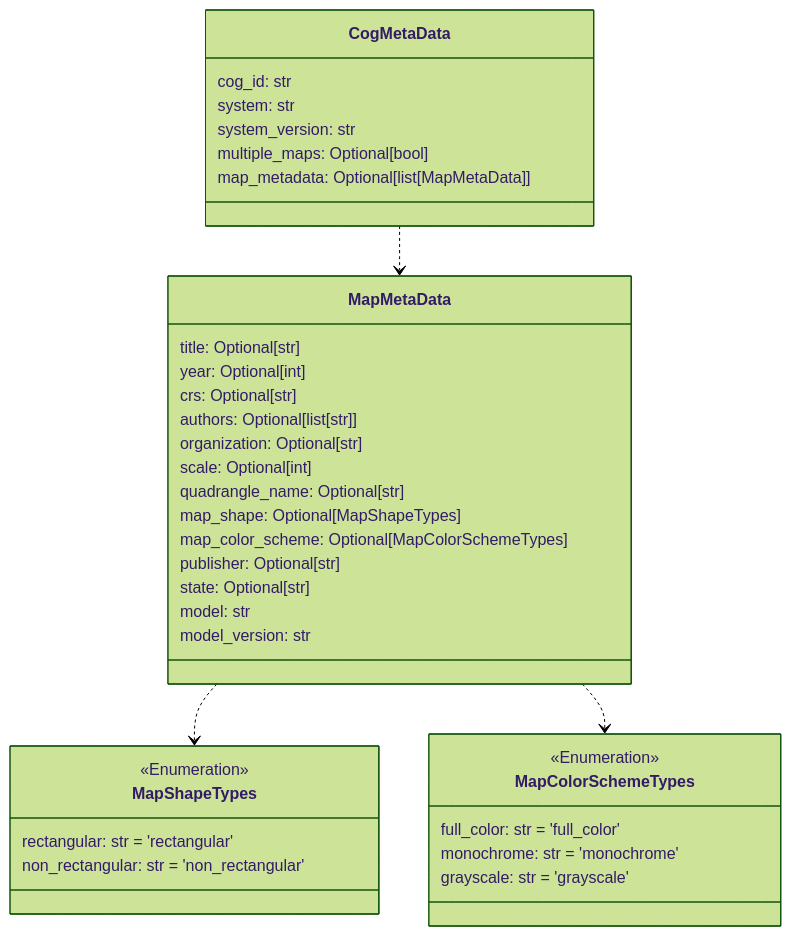
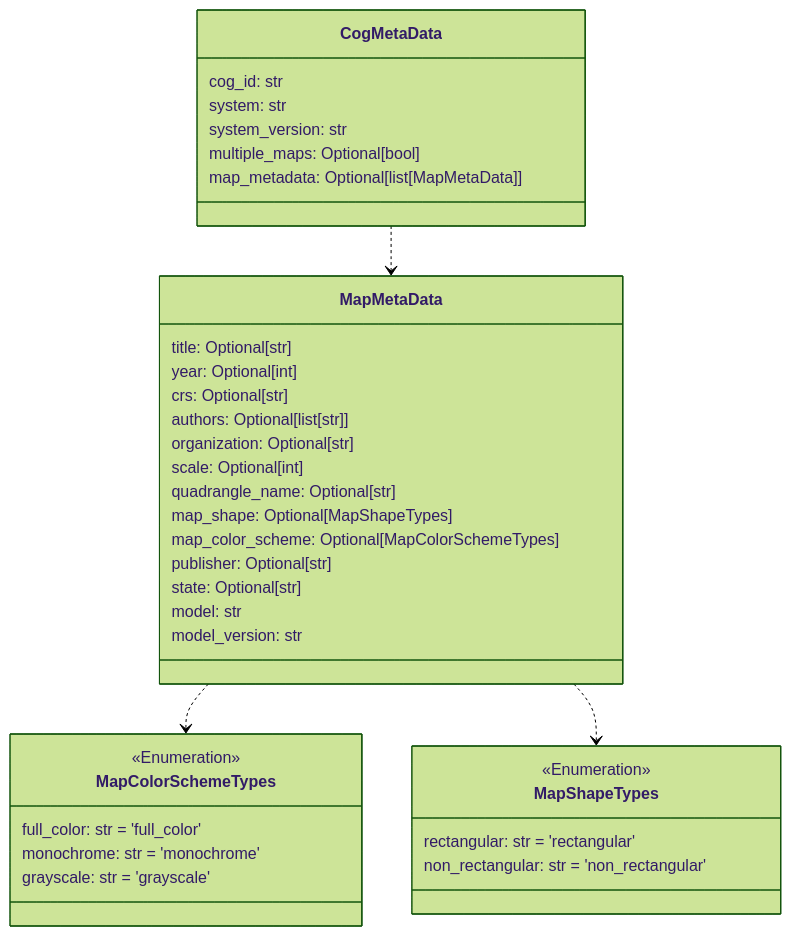
The third of 12 diagrams in README.md (DARPA-CRITICALMAAS/cdr_schemas), drawn with Mermaid (forest theme) before and after one commit. The commit also changed other lines of this file and 1 other file, not shown here.

````diff
--- a/README.md
+++ b/README.md
@@ -197,46 +197,46 @@
 ```mermaid
 classDiagram
 
     class MapMetaData {
         title: Optional[str]
         year: Optional[int]
         crs: Optional[str]
         authors: Optional[list[str]]
         organization: Optional[str]
         scale: Optional[int]
         quadrangle_name: Optional[str]
         map_shape: Optional[MapShapeTypes]
         map_color_scheme: Optional[MapColorSchemeTypes]
         publisher: Optional[str]
         state: Optional[str]
         model: str
         model_version: str
     }
 
-    class MapShapeTypes {
+    class MapColorSchemeTypes {
         <<Enumeration>>
-        rectangular: str = 'rectangular'
-        non_rectangular: str = 'non_rectangular'
+        full_color: str = 'full_color'
+        monochrome: str = 'monochrome'
+        grayscale: str = 'grayscale'
     }
 
     class CogMetaData {
         cog_id: str
         system: str
         system_version: str
         multiple_maps: Optional[bool]
         map_metadata: Optional[list[MapMetaData]]
     }
 
-    class MapColorSchemeTypes {
+    class MapShapeTypes {
         <<Enumeration>>
-        full_color: str = 'full_color'
-        monochrome: str = 'monochrome'
-        grayscale: str = 'grayscale'
+        rectangular: str = 'rectangular'
+        non_rectangular: str = 'non_rectangular'
     }
 
+    MapMetaData ..> MapColorSchemeTypes
     MapMetaData ..> MapShapeTypes
-    MapMetaData ..> MapColorSchemeTypes
     CogMetaData ..> MapMetaData
 
 
 ```
````
